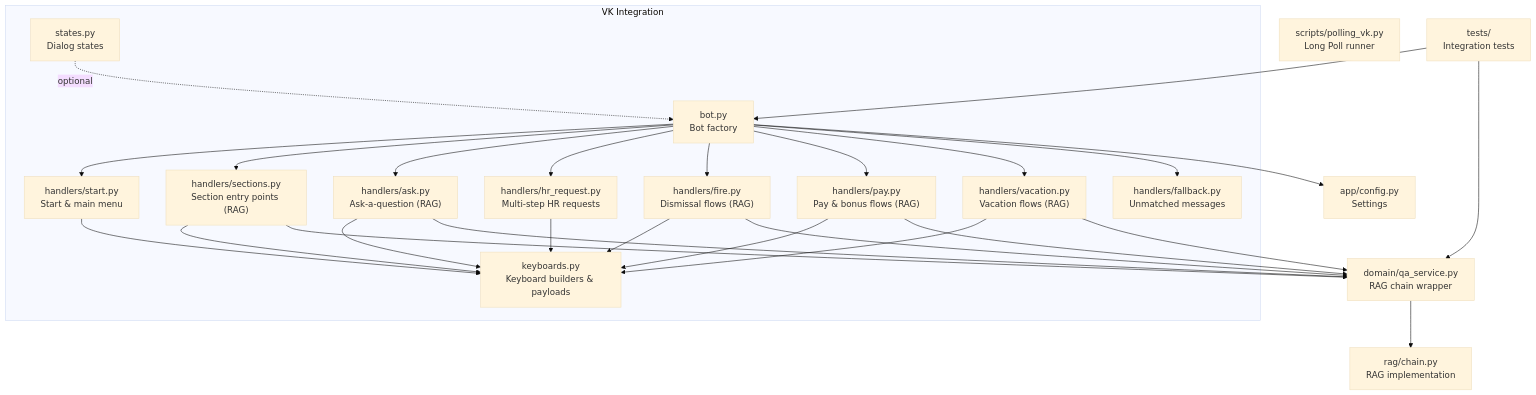
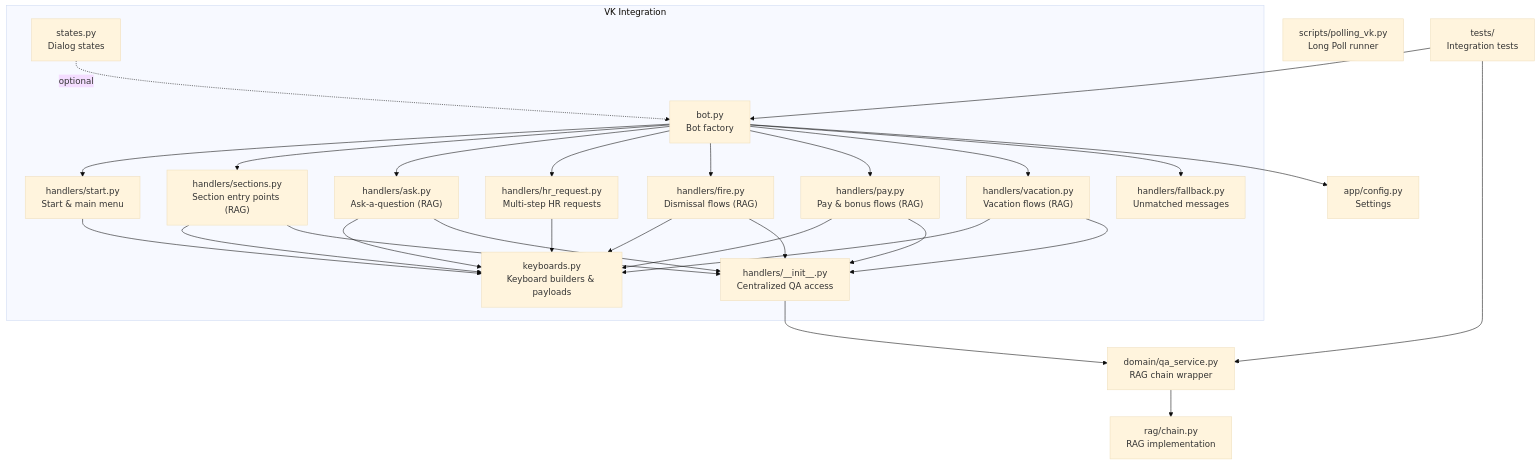
Before and after one commit to ognelis/cafetera_hr_bot: the first of 11 diagrams in .qoder/repowiki/en/content/VK Integration/VK Integration.md, drawn with Mermaid (base theme). The commit also changed other lines of this file and 29 other files, not shown here.

````diff
--- a/.qoder/repowiki/en/content/VK Integration/VK Integration.md
+++ b/.qoder/repowiki/en/content/VK Integration/VK Integration.md
@@ -61,46 +66,48 @@
 ```mermaid
 graph TB
 subgraph "VK Integration"
 BOT["bot.py<br/>Bot factory"]
 START["handlers/start.py<br/>Start & main menu"]
 SECTIONS["handlers/sections.py<br/>Section entry points (RAG)"]
 ASK["handlers/ask.py<br/>Ask-a-question (RAG)"]
 HR_REQUEST["handlers/hr_request.py<br/>Multi-step HR requests"]
 FIRE["handlers/fire.py<br/>Dismissal flows (RAG)"]
 PAY["handlers/pay.py<br/>Pay & bonus flows (RAG)"]
 VACATION["handlers/vacation.py<br/>Vacation flows (RAG)"]
 FALLBACK["handlers/fallback.py<br/>Unmatched messages"]
 KEYBOARDS["keyboards.py<br/>Keyboard builders & payloads"]
 STATES["states.py<br/>Dialog states"]
+UTILS["handlers/__init__.py<br/>Centralized QA access"]
 end
 QA_SERVICE["domain/qa_service.py<br/>RAG chain wrapper"]
 CHAIN["rag/chain.py<br/>RAG implementation"]
 SCRIPT["scripts/polling_vk.py<br/>Long Poll runner"]
 CONFIG["app/config.py<br/>Settings"]
 TESTS["tests/<br/>Integration tests"]
 BOT --> START
 BOT --> SECTIONS
 BOT --> ASK
 BOT --> HR_REQUEST
 BOT --> FIRE
 BOT --> PAY
 BOT --> VACATION
 BOT --> FALLBACK
 START --> KEYBOARDS
 SECTIONS --> KEYBOARDS
 ASK --> KEYBOARDS
 HR_REQUEST --> KEYBOARDS
 FIRE --> KEYBOARDS
 PAY --> KEYBOARDS
 VACATION --> KEYBOARDS
-ASK --> QA_SERVICE
-FIRE --> QA_SERVICE
-PAY --> QA_SERVICE
-VACATION --> QA_SERVICE
-SECTIONS --> QA_SERVICE
+ASK --> UTILS
+FIRE --> UTILS
+PAY --> UTILS
+VACATION --> UTILS
+SECTIONS --> UTILS
+UTILS --> QA_SERVICE
 QA_SERVICE --> CHAIN
 BOT --> CONFIG
 TESTS --> BOT
 TESTS --> QA_SERVICE
 STATES -. optional .-> BOT
 ```
````
